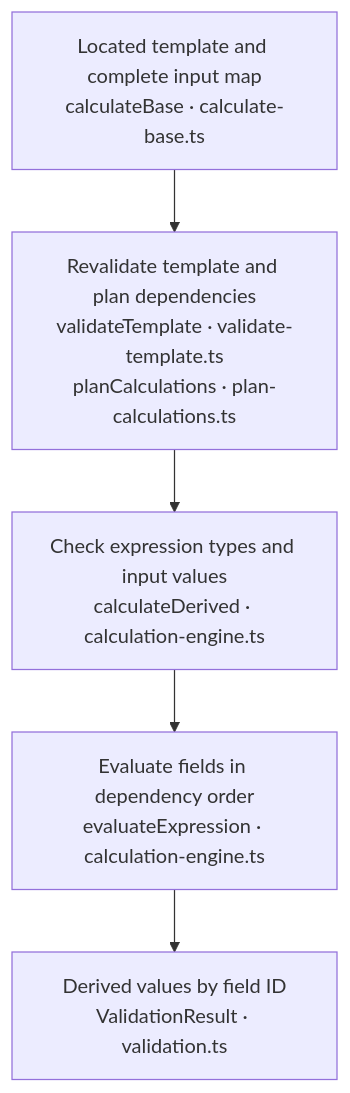
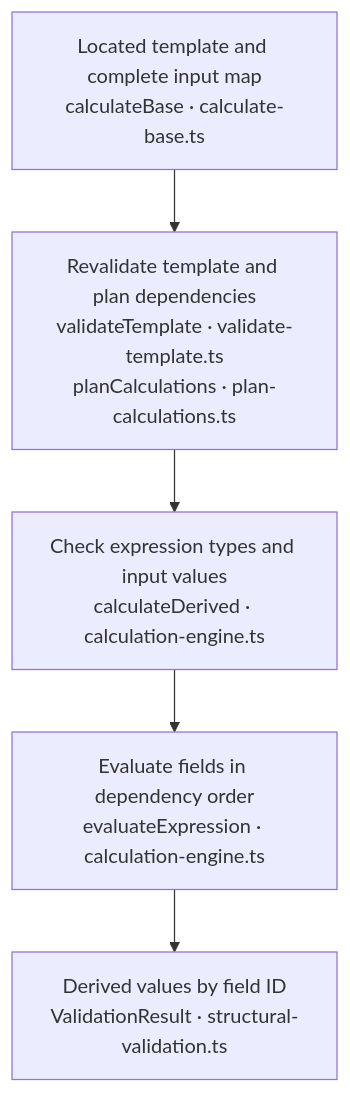
One commit to bduhbya/rpg_buddy changed the third of 4 diagrams in src/domain/architecture.md. Above: the diagram before and after it, drawn with Mermaid. The commit also changed other lines of this file and 20 other files, not shown here.

First line of the commit message:
Move document models and structural validation into domain folders (#10)

````diff
--- a/src/domain/architecture.md
+++ b/src/domain/architecture.md
@@ -50,7 +50,7 @@
 ```mermaid
 flowchart TD
     A["Located template and complete input map<br/>calculateBase · calculate-base.ts"] --> B["Revalidate template and plan dependencies<br/>validateTemplate · validate-template.ts<br/>planCalculations · plan-calculations.ts"]
     B --> C["Check expression types and input values<br/>calculateDerived · calculation-engine.ts"]
     C --> D["Evaluate fields in dependency order<br/>evaluateExpression · calculation-engine.ts"]
-    D --> E["Derived values by field ID<br/>ValidationResult · validation.ts"]
+    D --> E["Derived values by field ID<br/>ValidationResult · structural-validation.ts"]
 ```
````
